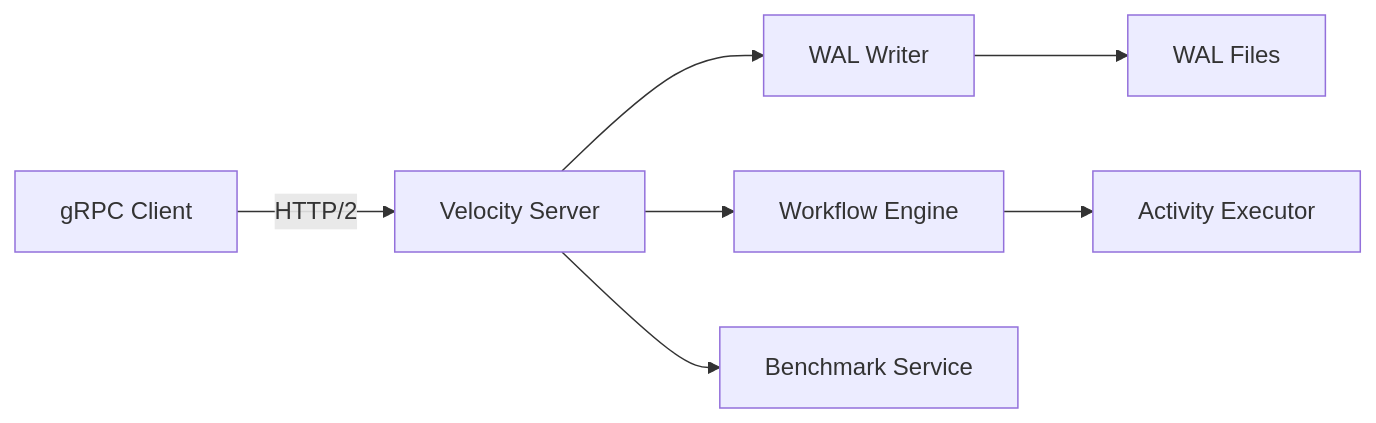
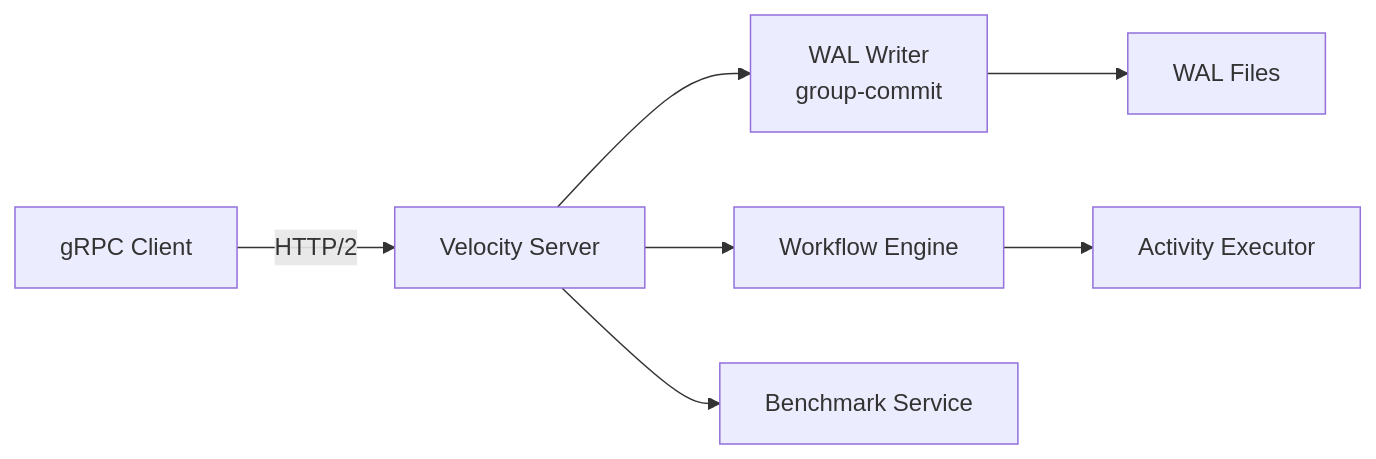
One commit to UnitBuilds-CC/V.E.L.O.C.I.T.Y.-WorkFlow changed the second of 23 diagrams in .qoder/repowiki/en/content/Architecture Overview.md. Above: the diagram before and after it, drawn with Mermaid. The commit also changed other lines of this file and 18 other files, not shown here.

````diff
--- a/.qoder/repowiki/en/content/Architecture Overview.md
+++ b/.qoder/repowiki/en/content/Architecture Overview.md
@@ -85,9 +126,9 @@
 ```mermaid
 graph LR
     A[gRPC Client] -->|HTTP/2| B[Velocity Server]
-    B --> C[WAL Writer]
+    B --> C[WAL Writer<br/>group-commit]
     C --> D[WAL Files]
     B --> E[Workflow Engine]
     E --> F[Activity Executor]
     B --> G[Benchmark Service]
 ```
````
